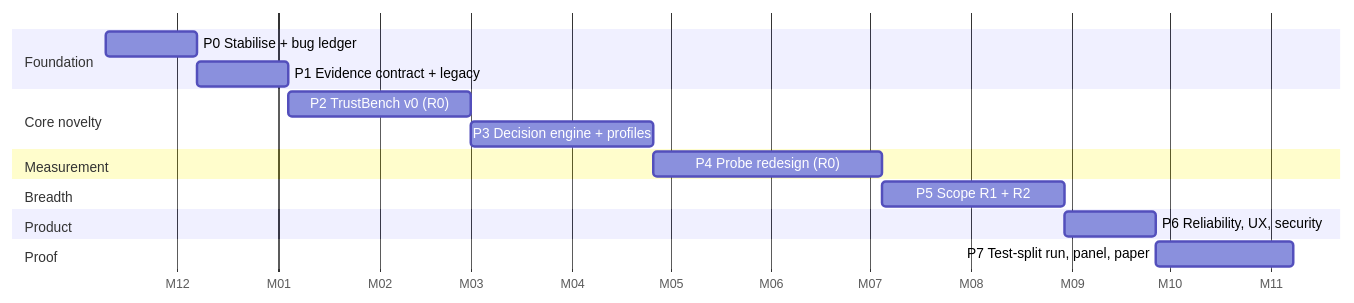
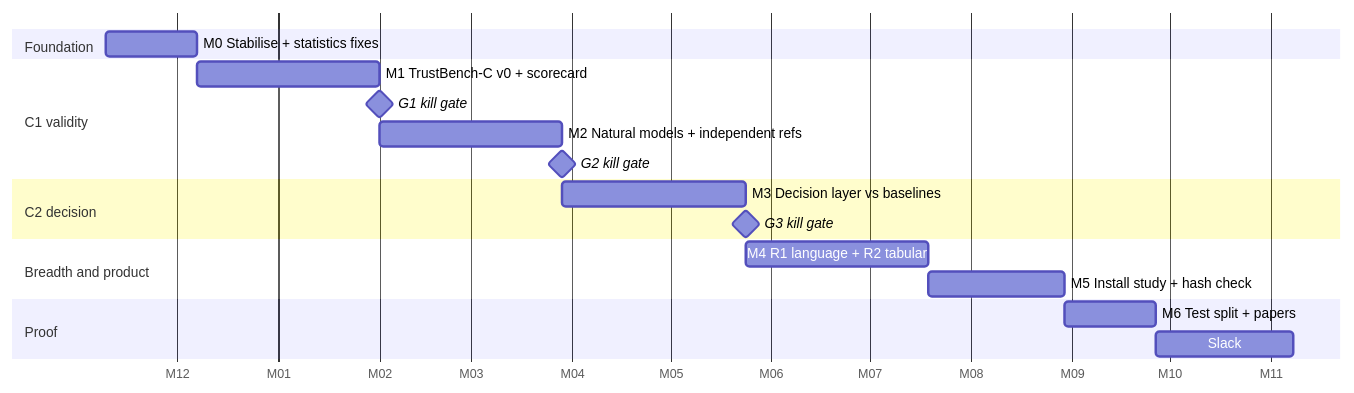
One commit to Aayushman00/TrustLens changed the diagram in docs/v2/07-roadmap.md. Above: the diagram before and after it, drawn with Mermaid. The commit also changed other lines of this file and 33 other files, not shown here.

````diff
--- a/docs/v2/07-roadmap.md
+++ b/docs/v2/07-roadmap.md
@@ -5,19 +5,21 @@
 ```mermaid
 gantt
     dateFormat  YYYY-MM-DD
     axisFormat  M%m
     section Foundation
-    P0 Stabilise + bug ledger        :p0, 2026-11-09, 4w
-    P1 Evidence contract + legacy    :p1, after p0, 4w
-    section Core novelty
-    P2 TrustBench v0 (R0)            :p2, after p1, 8w
-    P3 Decision engine + profiles    :p3, after p2, 8w
-    section Measurement
-    P4 Probe redesign (R0)           :p4, after p3, 10w
-    section Breadth
-    P5 Scope R1 + R2                 :p5, after p4, 8w
-    section Product
-    P6 Reliability, UX, security     :p6, after p5, 4w
+    M0 Stabilise + statistics fixes   :m0, 2026-11-09, 4w
+    section C1 validity
+    M1 TrustBench-C v0 + scorecard    :m1, after m0, 8w
+    G1 kill gate                      :milestone, g1, after m1, 0d
+    M2 Natural models + independent refs :m2, after m1, 8w
+    G2 kill gate                      :milestone, g2, after m2, 0d
+    section C2 decision
+    M3 Decision layer vs baselines    :m3, after m2, 8w
+    G3 kill gate                      :milestone, g3, after m3, 0d
+    section Breadth and product
+    M4 R1 language + R2 tabular       :m4, after m3, 8w
+    M5 Install study + hash check     :m5, after m4, 6w
     section Proof
-    P7 Test-split run, panel, paper  :p7, after p6, 6w
+    M6 Test split + papers            :m6, after m5, 4w
+    Slack                             :s, after m6, 6w
 ```
````
